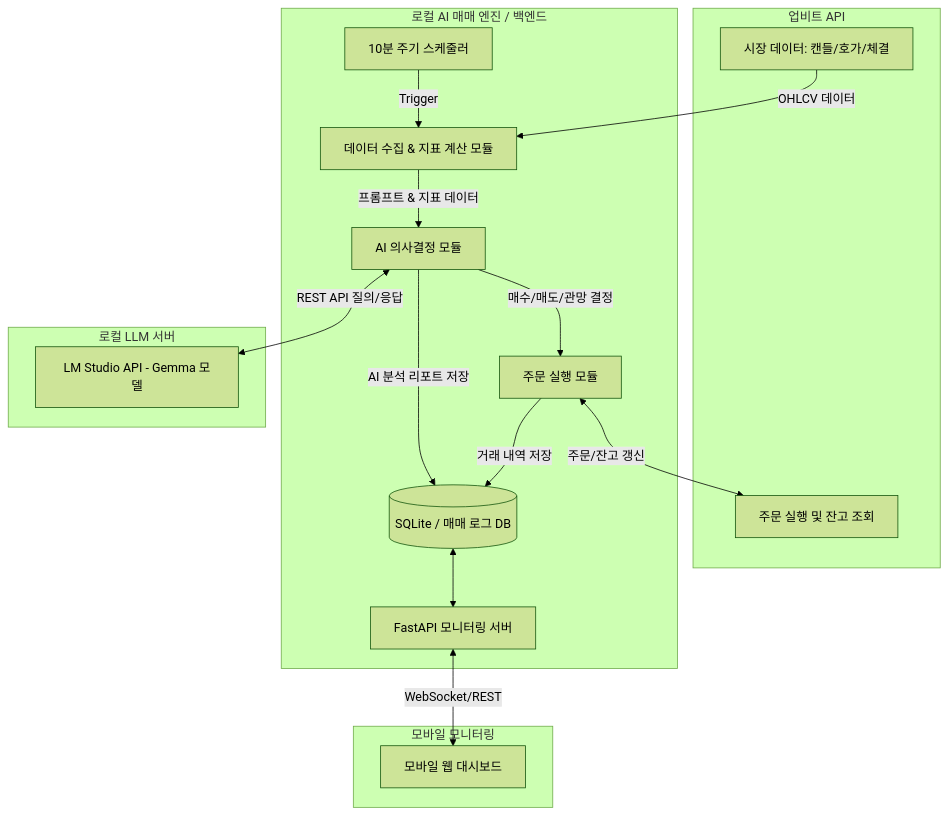
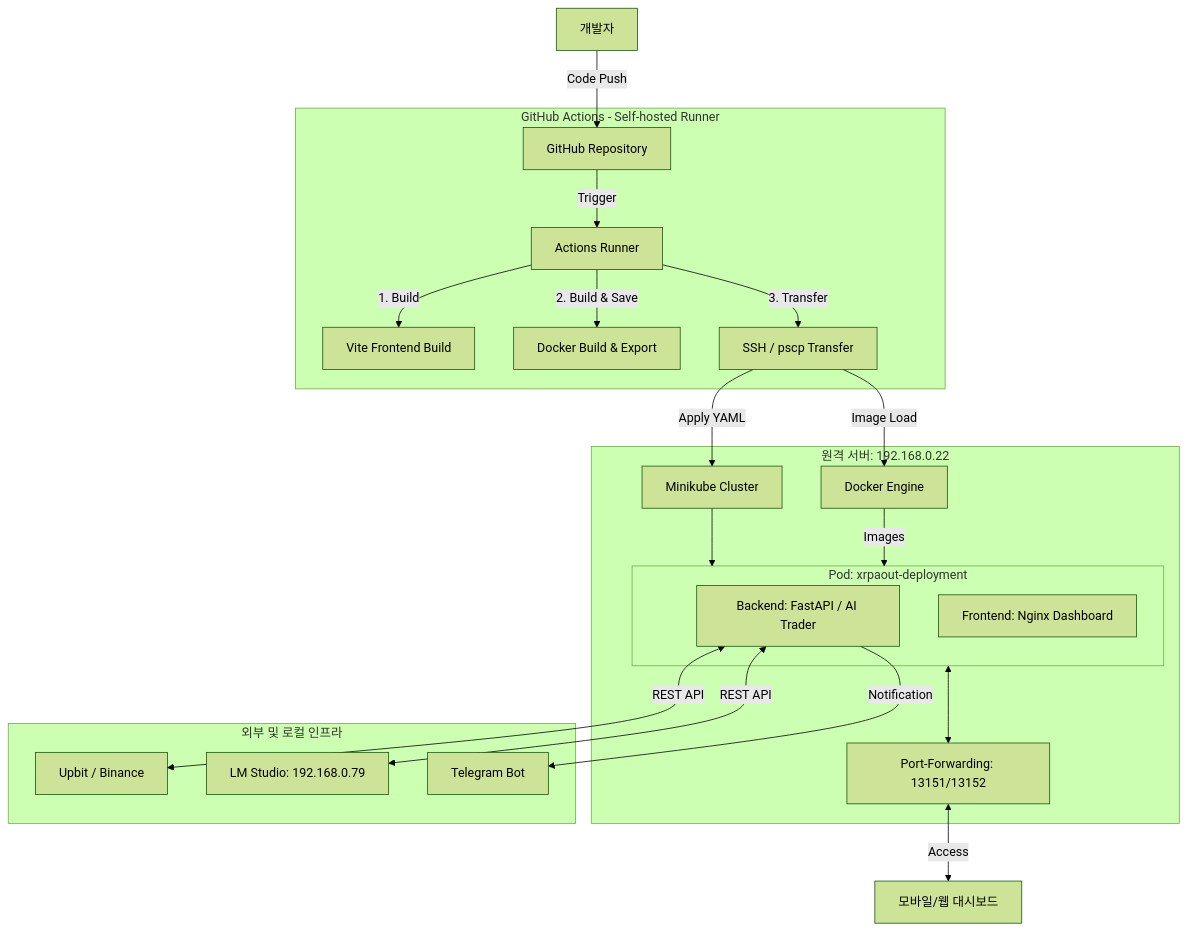
The diagram in SKILL.md (krhensam-alt/xrpaout), drawn with Mermaid (forest theme) before and after one commit. The commit also changed other lines of this file and 2 other files, not shown here.

````diff
--- a/SKILL.md
+++ b/SKILL.md
@@ -12,35 +12,41 @@
 ```mermaid
 graph TD
-    subgraph Upbit [업비트 API]
-        M_DATA[시장 데이터: 캔들/호가/체결]
-        M_ORDER[주문 실행 및 잔고 조회]
+    %% 사용자 및 소스 제어
+    DEV[개발자] -->|Code Push| GITHUB[GitHub Repository]
+
+    %% CI/CD 파이프라인
+    subgraph CI_CD [GitHub Actions - Self-hosted Runner]
+        GITHUB -->|Trigger| RUNNER[Actions Runner]
+        RUNNER -->|1. Build| FE_BUILD[Vite Frontend Build]
+        RUNNER -->|2. Build & Save| DOCKER_IMAGE[Docker Build & Export]
+        RUNNER -->|3. Transfer| SSH_TRANSFER[SSH / pscp Transfer]
     end
 
-    subgraph LocalEngine [로컬 AI 매매 엔진 / 백엔드]
-        SCHEDULER[10분 주기 스케줄러]
-        COLLECTOR[데이터 수집 & 지표 계산 모듈]
-        BRAIN[AI 의사결정 모듈]
-        EXECUTOR[주문 실행 모듈]
-        DB[(SQLite / 매매 로그 DB)]
-        FASTAPI[FastAPI 모니터링 서버]
+    %% 원격 배포 환경
+    subgraph RemoteServer [원격 서버: 192.168.0.22]
+        SSH_TRANSFER -->|Image Load| R_DOCKER[Docker Engine]
+        SSH_TRANSFER -->|Apply YAML| R_K8S[Minikube Cluster]
+        
+        subgraph K8S_Pod [Pod: xrpaout-deployment]
+            BACKEND[Backend: FastAPI / AI Trader]
+            FRONTEND[Frontend: Nginx Dashboard]
+        end
+        
+        R_K8S --> K8S_Pod
+        R_DOCKER -->|Images| K8S_Pod
+        
+        %% 포트 포워딩 레이어
+        PF[Port-Forwarding: 13151/13152]
+        K8S_Pod <--> PF
     end
 
-    subgraph LocalLLM [로컬 LLM 서버]
-        LMSTUDIO[LM Studio API - Gemma 모델]
+    %% 외부 및 로컬 서비스
+    subgraph Infrastructure [외부 및 로컬 인프라]
+        BACKEND <-->|REST API| EXCHANGES[Upbit / Binance]
+        BACKEND <-->|REST API| LMSTUDIO[LM Studio: 192.168.0.79]
+        BACKEND -->|Notification| TELEGRAM[Telegram Bot]
     end
 
-    subgraph Client [모바일 모니터링]
-        WEBAPP[모바일 웹 대시보드]
-    end
-
-    M_DATA -->|OHLCV 데이터| COLLECTOR
-    SCHEDULER -->|Trigger| COLLECTOR
-    COLLECTOR -->|프롬프트 & 지표 데이터| BRAIN
-    BRAIN <-->|REST API 질의/응답| LMSTUDIO
-    BRAIN -->|매수/매도/관망 결정| EXECUTOR
-    EXECUTOR <-->|주문/잔고 갱신| M_ORDER
-    EXECUTOR -->|거래 내역 저장| DB
-    BRAIN -->|AI 분석 리포트 저장| DB
-    DB <--> FASTAPI
-    FASTAPI <-->|WebSocket/REST| WEBAPP
+    %% 사용자 접속
+    PF <-->|Access| MOBILE[모바일/웹 대시보드]
 ```
````
